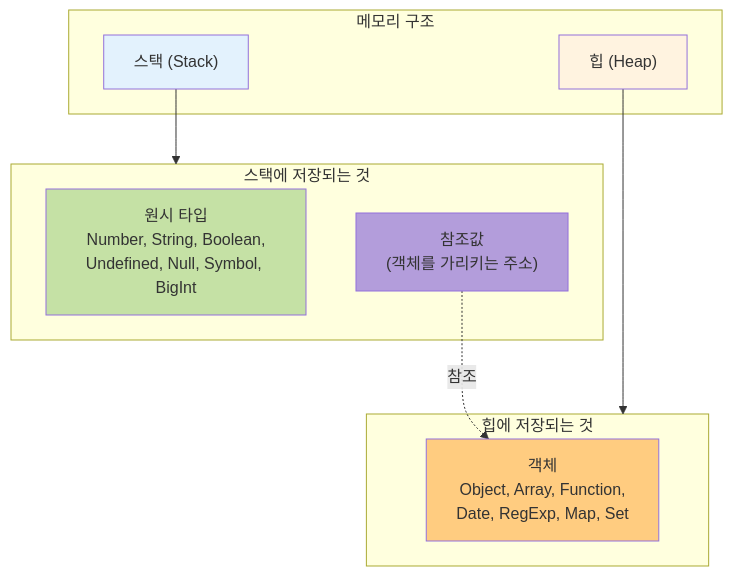
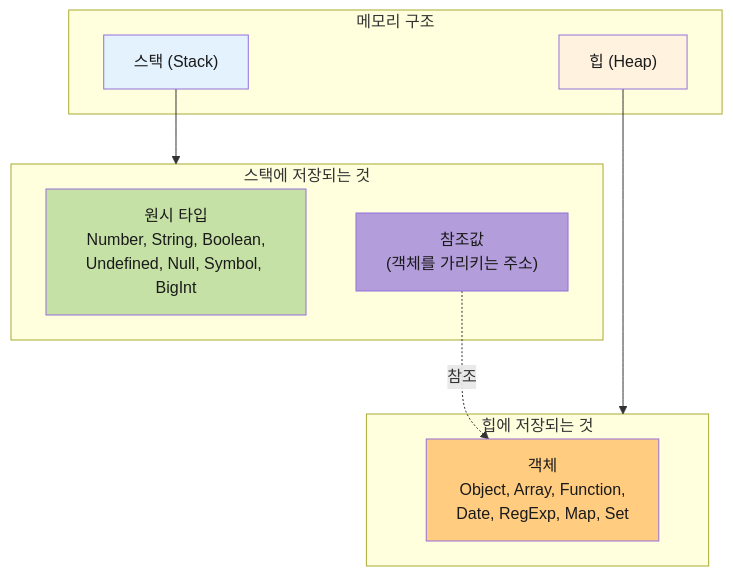
The first of 7 diagrams in apps/devblog/content/posts/garbage-collection.mdx (Cllaude99/cllaude99_labs), drawn with Mermaid before and after one commit. The commit also changed other lines of this file, not shown here.

````diff
--- a/apps/devblog/content/posts/garbage-collection.mdx
+++ b/apps/devblog/content/posts/garbage-collection.mdx
@@ -43,26 +43,26 @@
 ```mermaid
 graph TB
     subgraph Memory["메모리 구조"]
         Stack["스택 (Stack)"]
         Heap["힙 (Heap)"]
     end
 
     subgraph StackContents["스택에 저장되는 것"]
         Primitives["원시 타입<br/>Number, String, Boolean,<br/>Undefined, Null, Symbol, BigInt"]
         References["참조값<br/>(객체를 가리키는 주소)"]
     end
 
     subgraph HeapContents["힙에 저장되는 것"]
         Objects["객체<br/>Object, Array, Function,<br/>Date, RegExp, Map, Set"]
     end
 
     Stack --> StackContents
     Heap --> HeapContents
     References -.참조.-> Objects
 
-    style Stack fill:#e3f2fd
-    style Heap fill:#fff3e0
-    style Primitives fill:#c5e1a5
-    style References fill:#b39ddb
-    style Objects fill:#ffcc80
+    style Stack fill:#e3f2fd,color:#1a1a1a
+    style Heap fill:#fff3e0,color:#1a1a1a
+    style Primitives fill:#c5e1a5,color:#1a1a1a
+    style References fill:#b39ddb,color:#1a1a1a
+    style Objects fill:#ffcc80,color:#1a1a1a
 ```
````
